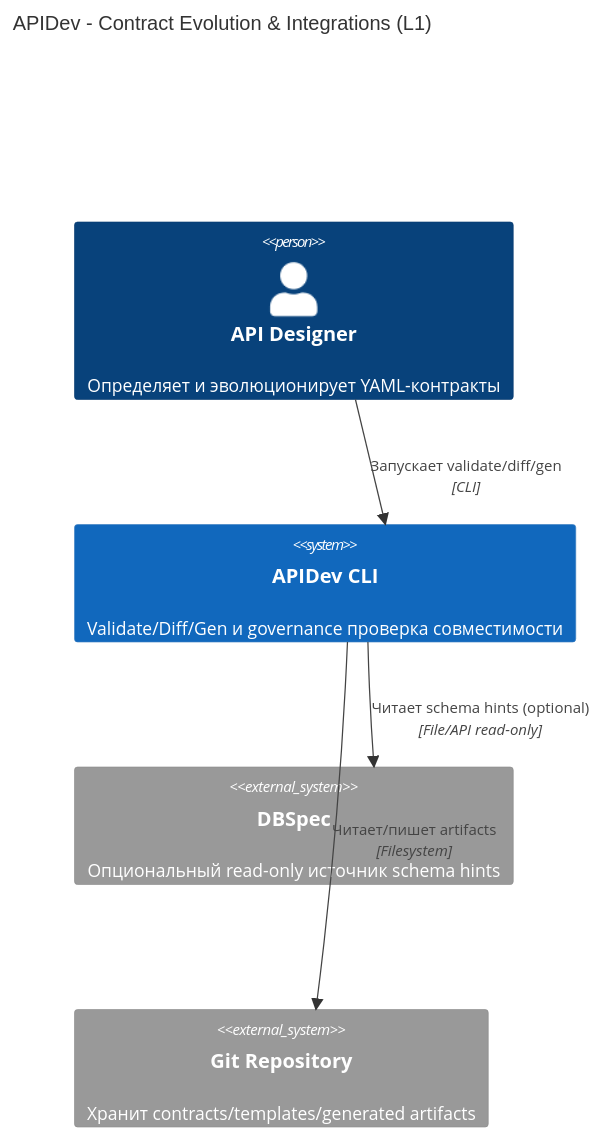
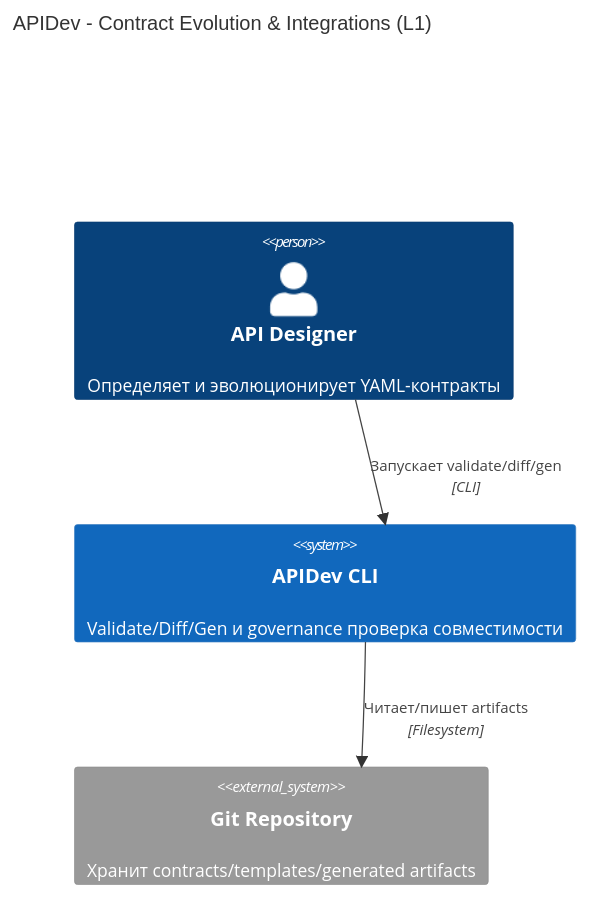
The first of 3 diagrams in openspec/changes/005-contract-evolution-integration/artifacts/design/01-architecture.md (alexey-gladilin/apidev), drawn with Mermaid before and after one commit. The commit also changed other lines of this file and 23 other files, not shown here.

First line of the commit message:
refactor: Remove optional DBSpec integration references and streamline documentation

````diff
--- a/openspec/changes/005-contract-evolution-integration/artifacts/design/01-architecture.md
+++ b/openspec/changes/005-contract-evolution-integration/artifacts/design/01-architecture.md
@@ -4,12 +4,10 @@
 ```mermaid
 C4Context
     title APIDev - Contract Evolution & Integrations (L1)
     Person(api_designer, "API Designer", "Определяет и эволюционирует YAML-контракты")
     System(apidev, "APIDev CLI", "Validate/Diff/Gen и governance проверка совместимости")
-    System_Ext(dbspec, "DBSpec", "Опциональный read-only источник schema hints")
     System_Ext(git_repo, "Git Repository", "Хранит contracts/templates/generated artifacts")
 
     Rel(api_designer, apidev, "Запускает validate/diff/gen", "CLI")
-    Rel(apidev, dbspec, "Читает schema hints (optional)", "File/API read-only")
     Rel(apidev, git_repo, "Читает/пишет artifacts", "Filesystem")
 ```
````
